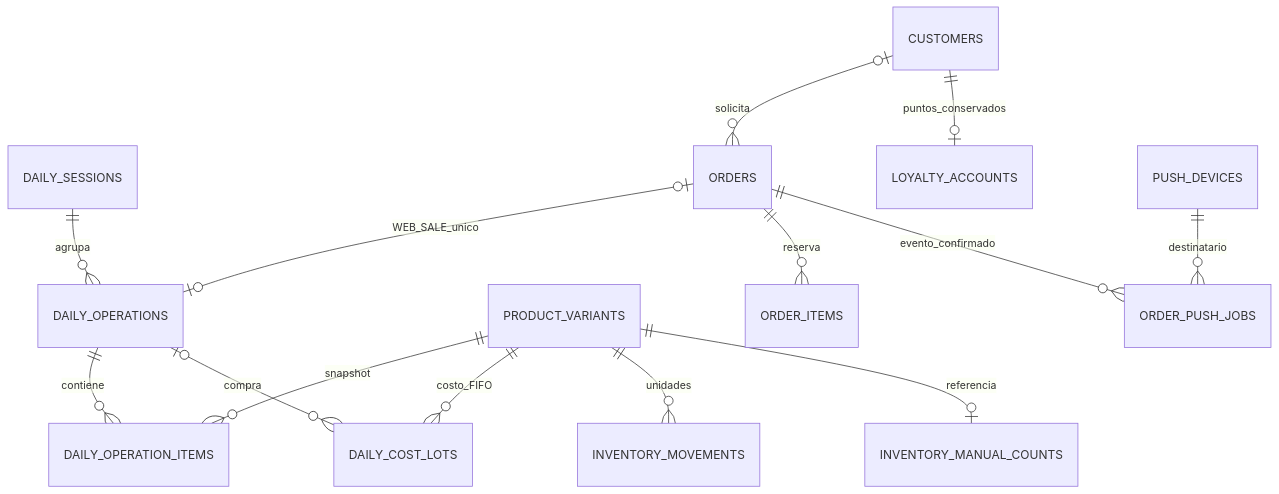
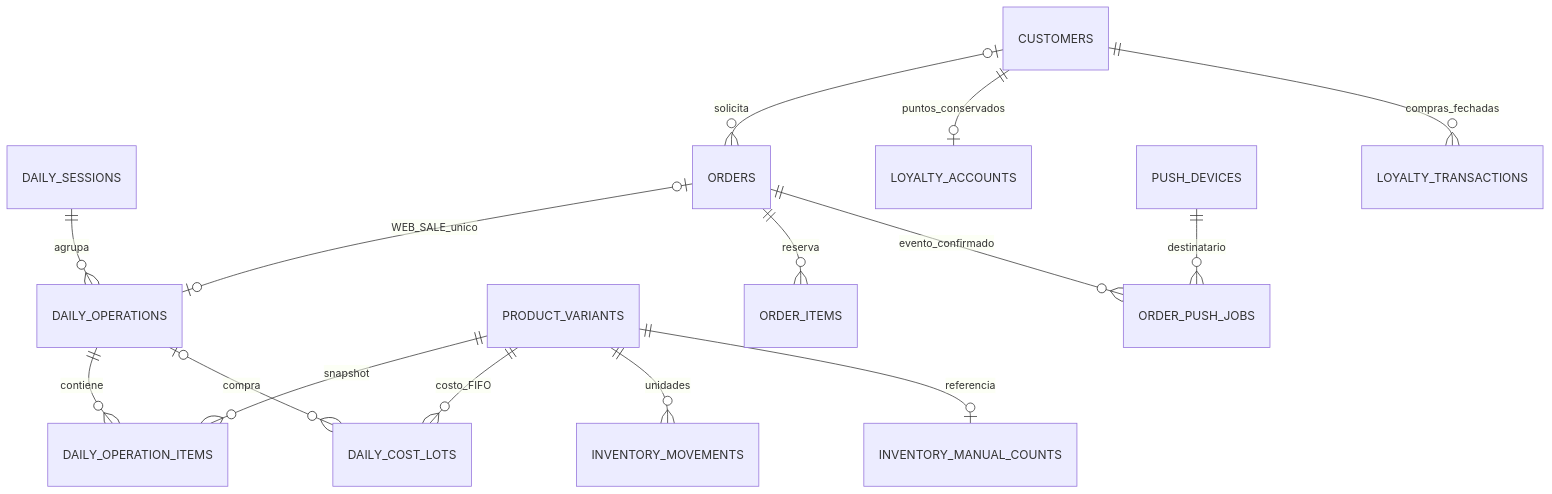
Before and after one commit to NotKingbryanPY/donas-racha: the diagram in docs/knowledge/diagrams/07-database.mmd, drawn with Mermaid. The commit also changed 35 other files, not shown here.

```diff
--- a/docs/knowledge/diagrams/07-database.mmd
+++ b/docs/knowledge/diagrams/07-database.mmd
@@ -1,14 +1,15 @@
 erDiagram
   DAILY_SESSIONS ||--o{ DAILY_OPERATIONS : agrupa
   DAILY_OPERATIONS ||--o{ DAILY_OPERATION_ITEMS : contiene
   PRODUCT_VARIANTS ||--o{ DAILY_OPERATION_ITEMS : snapshot
   PRODUCT_VARIANTS ||--o{ DAILY_COST_LOTS : costo_FIFO
   DAILY_OPERATIONS o|--o{ DAILY_COST_LOTS : compra
   ORDERS o|--o| DAILY_OPERATIONS : WEB_SALE_unico
   PRODUCT_VARIANTS ||--o{ INVENTORY_MOVEMENTS : unidades
   PRODUCT_VARIANTS ||--o| INVENTORY_MANUAL_COUNTS : referencia
   ORDERS ||--o{ ORDER_ITEMS : reserva
   CUSTOMERS o|--o{ ORDERS : solicita
   CUSTOMERS ||--o| LOYALTY_ACCOUNTS : puntos_conservados
   PUSH_DEVICES ||--o{ ORDER_PUSH_JOBS : destinatario
   ORDERS ||--o{ ORDER_PUSH_JOBS : evento_confirmado
+  CUSTOMERS ||--o{ LOYALTY_TRANSACTIONS : compras_fechadas
```
